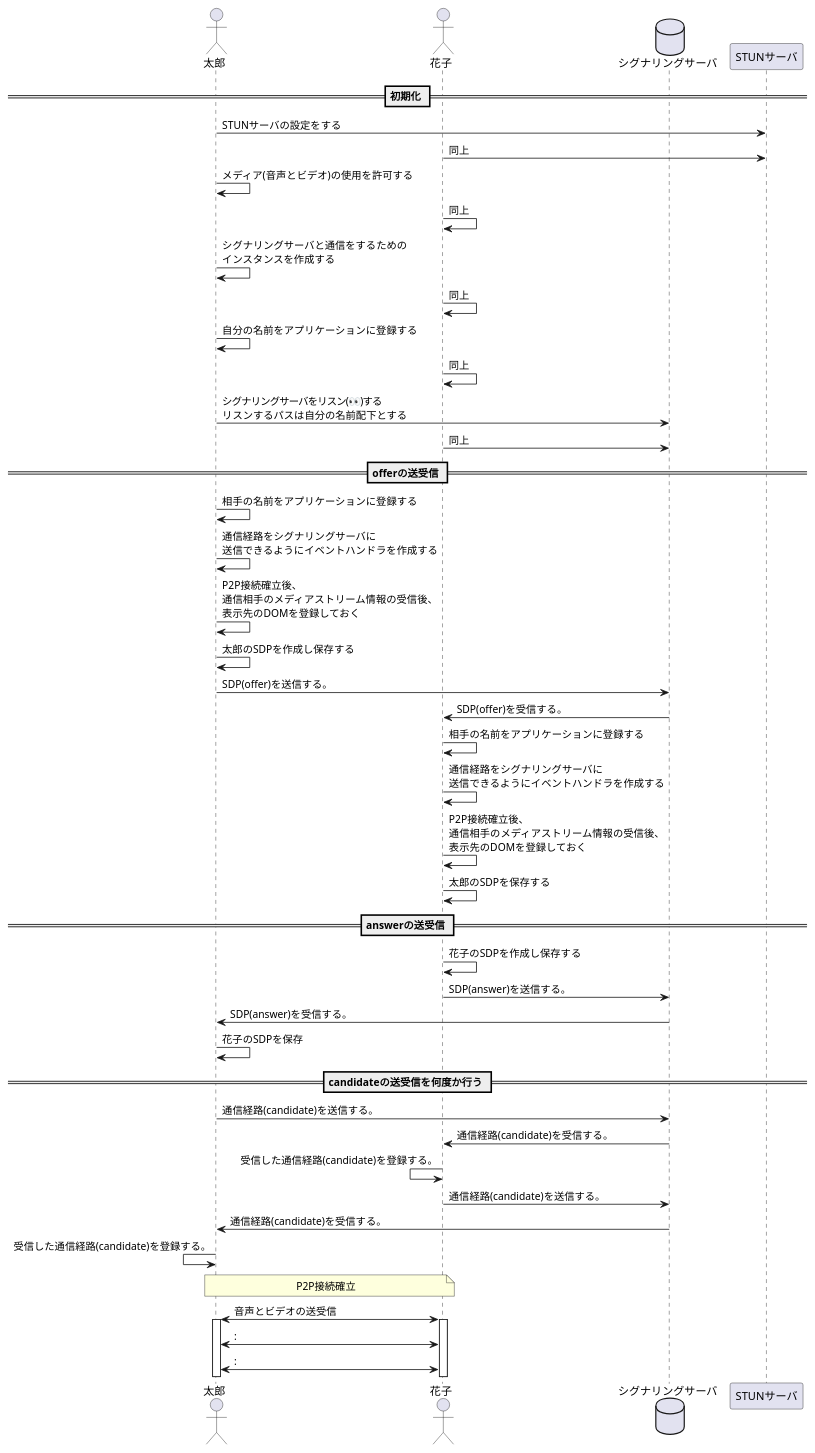
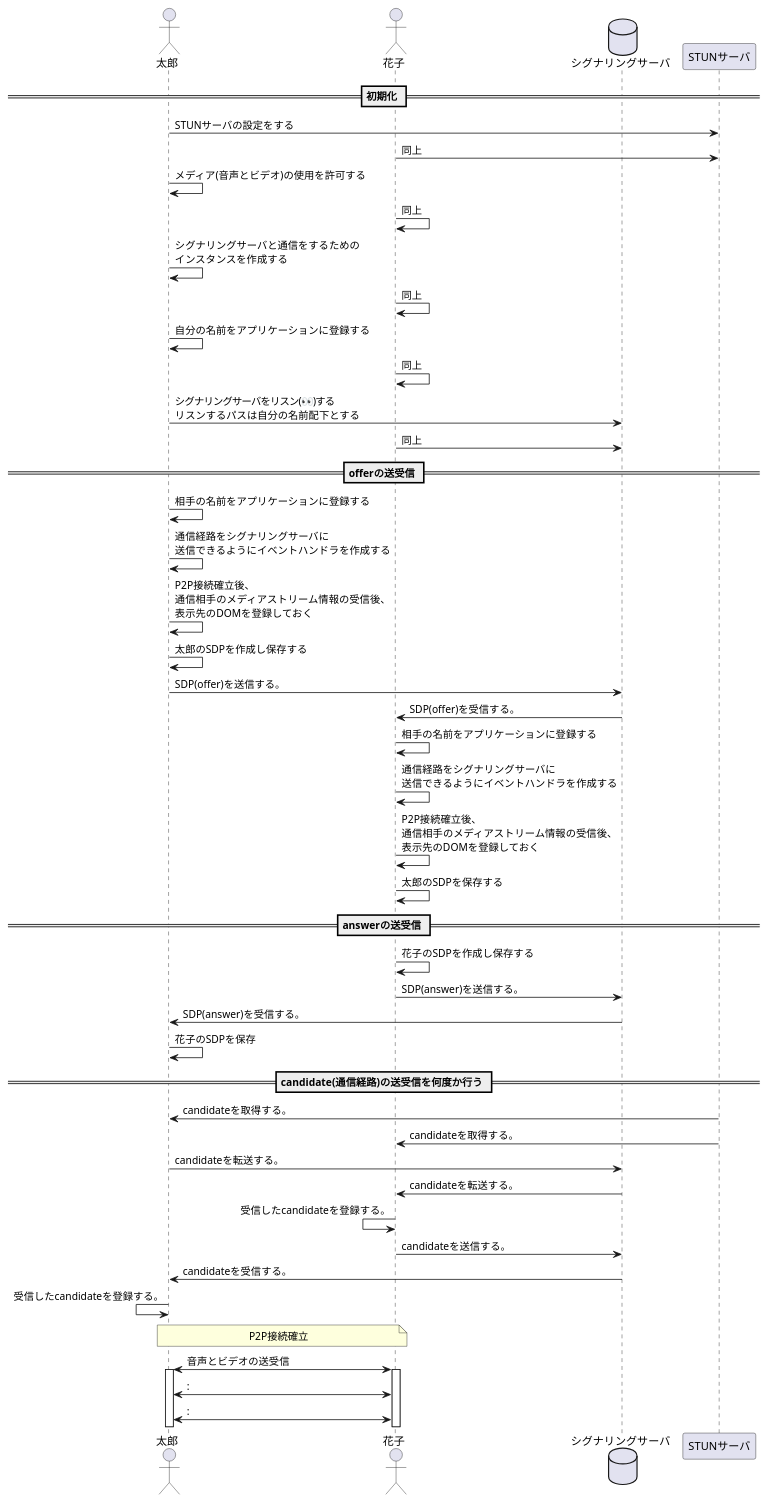
One commit to DiveIntoHacking/handouts changed the diagram in webrtc-react-firebase/SEQUENCE_DIAGRAM.md. Above: the diagram before and after it, drawn with PlantUML. The commit also changed 1 other file, not shown here.

Commit message:
update sequences

````diff
--- a/webrtc-react-firebase/SEQUENCE_DIAGRAM.md
+++ b/webrtc-react-firebase/SEQUENCE_DIAGRAM.md
@@ -3,70 +3,73 @@
 ```plantuml
 @startuml
 
 actor 太郎
 actor 花子
 database シグナリングサーバ
 
 == 初期化 ==
 
 太郎 -> STUNサーバ: STUNサーバの設定をする
 花子 -> STUNサーバ: 同上
 
 太郎 -> 太郎: メディア(音声とビデオ)の使用を許可する
 花子 -> 花子: 同上
 
 太郎 -> 太郎: シグナリングサーバと通信をするための\nインスタンスを作成する
 花子 -> 花子: 同上
 
 太郎 -> 太郎: 自分の名前をアプリケーションに登録する
 花子 -> 花子: 同上
 
 太郎 -> シグナリングサーバ: シグナリングサーバをリスン(👀)する\nリスンするパスは自分の名前配下とする
 花子 -> シグナリングサーバ: 同上
 
 == offerの送受信 ==
 
 太郎 -> 太郎: 相手の名前をアプリケーションに登録する
 太郎 -> 太郎: 通信経路をシグナリングサーバに\n送信できるようにイベントハンドラを作成する
 太郎 -> 太郎: P2P接続確立後、\n通信相手のメディアストリーム情報の受信後、\n表示先のDOMを登録しておく
 太郎 -> 太郎: 太郎のSDPを作成し保存する
 太郎 -> シグナリングサーバ: SDP(offer)を送信する。
 
 花子 <- シグナリングサーバ: SDP(offer)を受信する。
 花子 -> 花子: 相手の名前をアプリケーションに登録する
 花子 -> 花子: 通信経路をシグナリングサーバに\n送信できるようにイベントハンドラを作成する
 花子 -> 花子: P2P接続確立後、\n通信相手のメディアストリーム情報の受信後、\n表示先のDOMを登録しておく
 花子 -> 花子: 太郎のSDPを保存する
 
 == answerの送受信 ==
 
 花子 -> 花子: 花子のSDPを作成し保存する
 花子 -> シグナリングサーバ: SDP(answer)を送信する。
 シグナリングサーバ -> 太郎: SDP(answer)を受信する。
 
 太郎 -> 太郎: 花子のSDPを保存
 
-== candidateの送受信を何度か行う ==
+== candidate(通信経路)の送受信を何度か行う ==
 
-太郎 -> シグナリングサーバ: 通信経路(candidate)を送信する。
-花子 <- シグナリングサーバ: 通信経路(candidate)を受信する。
-花子 <- 花子: 受信した通信経路(candidate)を登録する。
+STUNサーバ -> 太郎: candidateを取得する。
+STUNサーバ -> 花子: candidateを取得する。
 
-花子 -> シグナリングサーバ: 通信経路(candidate)を送信する。
-太郎 <- シグナリングサーバ: 通信経路(candidate)を受信する。
-太郎 <- 太郎: 受信した通信経路(candidate)を登録する。
+太郎 -> シグナリングサーバ: candidateを転送する。
+花子 <- シグナリングサーバ: candidateを転送する。
+花子 <- 花子: 受信したcandidateを登録する。
+
+花子 -> シグナリングサーバ: candidateを送信する。
+太郎 <- シグナリングサーバ: candidateを受信する。
+太郎 <- 太郎: 受信したcandidateを登録する。
 
 
 note over 太郎, 花子
 P2P接続確立
 end note
 
 
 太郎 <-> 花子: 音声とビデオの送受信
 activate 太郎
 activate 花子
 太郎 <-> 花子: :
 太郎 <-> 花子: :
 
 @enduml
 ```
````
